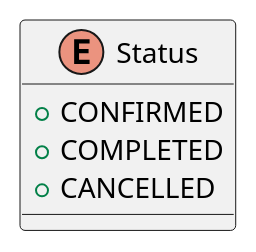
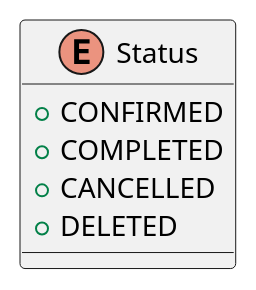
One commit to kyklospi/eatery changed the diagram in diagram/reservation_status.puml. Above: the diagram before and after it, drawn with PlantUML. The commit also changed 3 other files, not shown here.

Commit message:
update diagrams

```diff
--- a/diagram/reservation_status.puml
+++ b/diagram/reservation_status.puml
@@ -1,7 +1,8 @@
 @startuml
 enum Status {
 +  CONFIRMED
 +  COMPLETED
 +  CANCELLED
++  DELETED
 }
 @enduml
```
